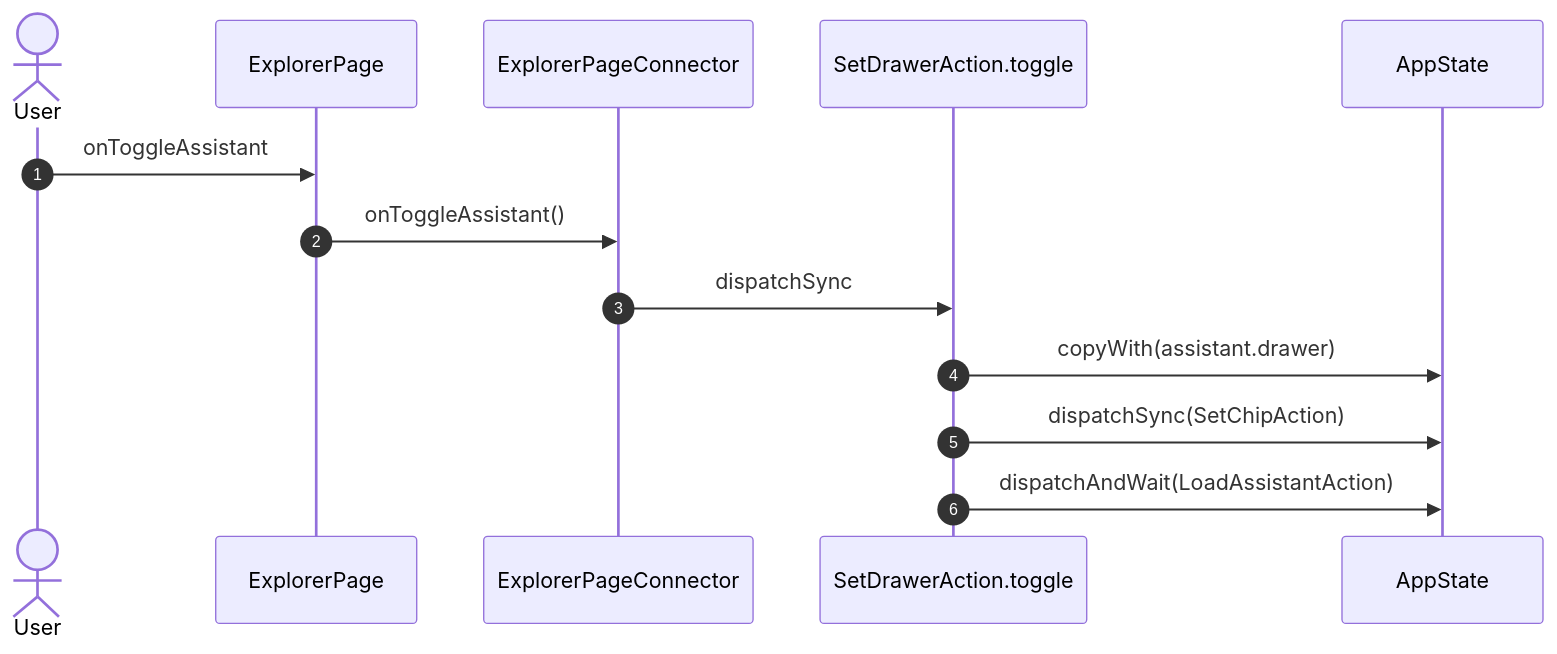
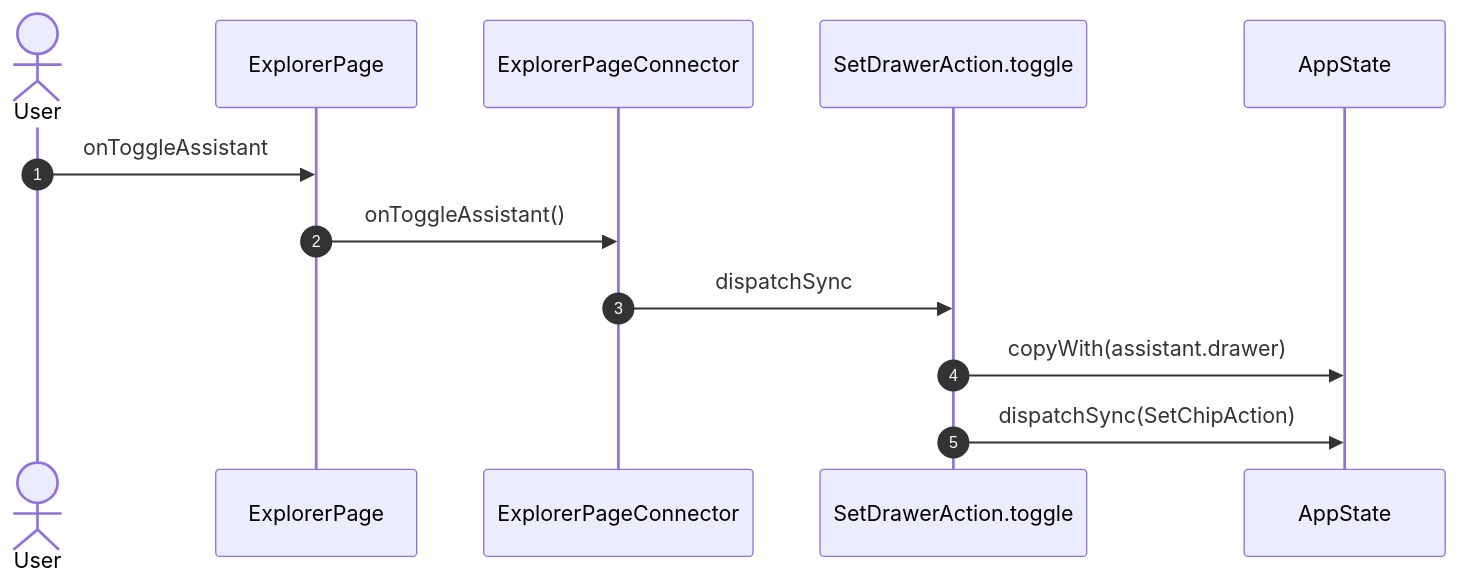
Diagram 16 of 55 in studio/docs/flows/explorer.md (gencto/wyrm), drawn with Mermaid before and after one commit. The commit also changed other lines of this file and 94 other files, not shown here.

First line of the commit message:
studio: assistant: typed wire, words in ui, one action per intent

````diff
--- a/studio/docs/flows/explorer.md
+++ b/studio/docs/flows/explorer.md
@@ -286,16 +286,15 @@
 ```mermaid
 sequenceDiagram
     autonumber
     actor User
     participant UI as ExplorerPage
     participant VM as ExplorerPageConnector
     participant A1 as SetDrawerAction.toggle
     participant ST as AppState
 
     User->>UI: onToggleAssistant
     UI->>VM: onToggleAssistant()
     VM->>A1: dispatchSync
     A1->>ST: copyWith(assistant.drawer)
     A1->>ST: dispatchSync(SetChipAction)
-    A1->>ST: dispatchAndWait(LoadAssistantAction)
 ```
````
